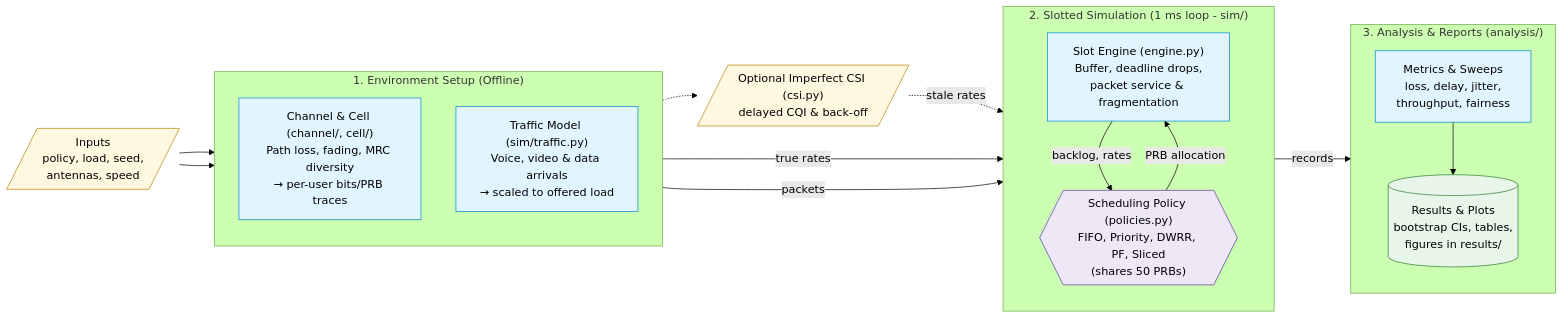
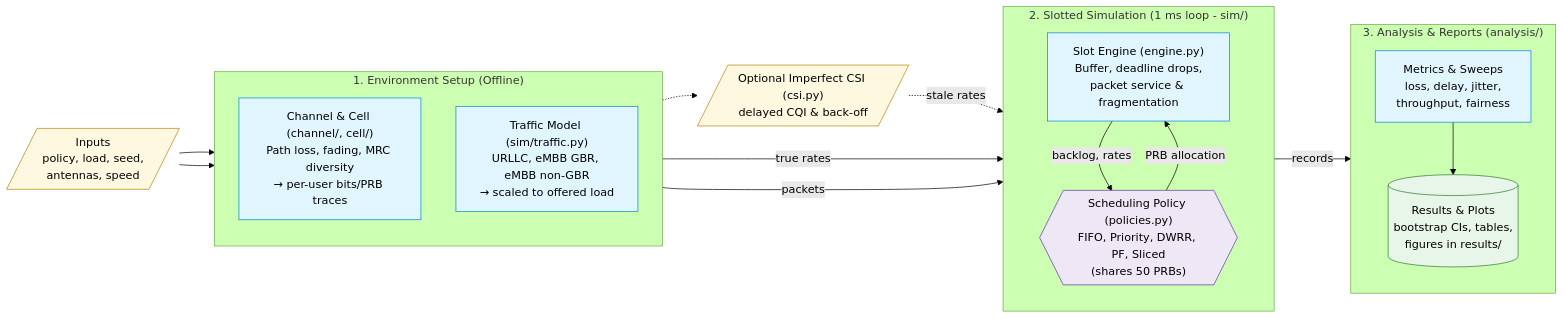
One commit to henriquebueno45/5G-Multiuser-Scheduling-over-Fading-Channels changed the diagram in README.md. Above: the diagram before and after it, drawn with Mermaid (forest theme). The commit also changed other lines of this file and 12 other files, not shown here.

````diff
--- a/README.md
+++ b/README.md
@@ -24,44 +24,44 @@
 ```mermaid
 flowchart LR
     IN[/"Inputs<br/>policy, load, seed,<br/>antennas, speed"/]
 
     subgraph WORLD["1. Environment Setup (Offline)"]
         direction TB
         CH["Channel & Cell (channel/, cell/)<br/>Path loss, fading, MRC diversity<br/>→ per-user bits/PRB traces"]
-        TRAF["Traffic Model (sim/traffic.py)<br/>Voice, video & data arrivals<br/>→ scaled to offered load"]
+        TRAF["Traffic Model (sim/traffic.py)<br/>URLLC, eMBB GBR, eMBB non-GBR<br/>→ scaled to offered load"]
     end
 
     subgraph SIM["2. Slotted Simulation (1 ms loop - sim/)"]
         direction TB
         ENG["Slot Engine (engine.py)<br/>Buffer, deadline drops,<br/>packet service & fragmentation"]
         POL{{"Scheduling Policy (policies.py)<br/>FIFO, Priority, DWRR, PF, Sliced<br/>(shares 50 PRBs)"}}
         ENG -- "backlog, rates" --> POL
         POL -- "PRB allocation" --> ENG
     end
 
     CSI[/"Optional Imperfect CSI (csi.py)<br/>delayed CQI & back-off"/]
 
     subgraph STUDY["3. Analysis & Reports (analysis/)"]
         direction TB
         MET["Metrics & Sweeps<br/>loss, delay, jitter,<br/>throughput, fairness"]
         REP[("Results & Plots<br/>bootstrap CIs, tables,<br/>figures in results/")]
         MET --> REP
     end
 
     IN --> CH
     IN --> TRAF
     CH -- "true rates" --> ENG
     CH -.-> CSI -. "stale rates" .-> ENG
     TRAF -- "packets" --> ENG
     ENG -- "records" --> MET
 
     classDef input fill:#fff8e1,stroke:#b8860b,color:#000
     classDef core fill:#e1f5fe,stroke:#0288d1,color:#000
     classDef policy fill:#ede7f6,stroke:#5e35b1,color:#000
     classDef out fill:#e8f5e9,stroke:#2e7d32,color:#000
 
     class IN,CSI input
     class CH,TRAF,ENG,MET core
     class POL policy
     class REP out
 ```
````
